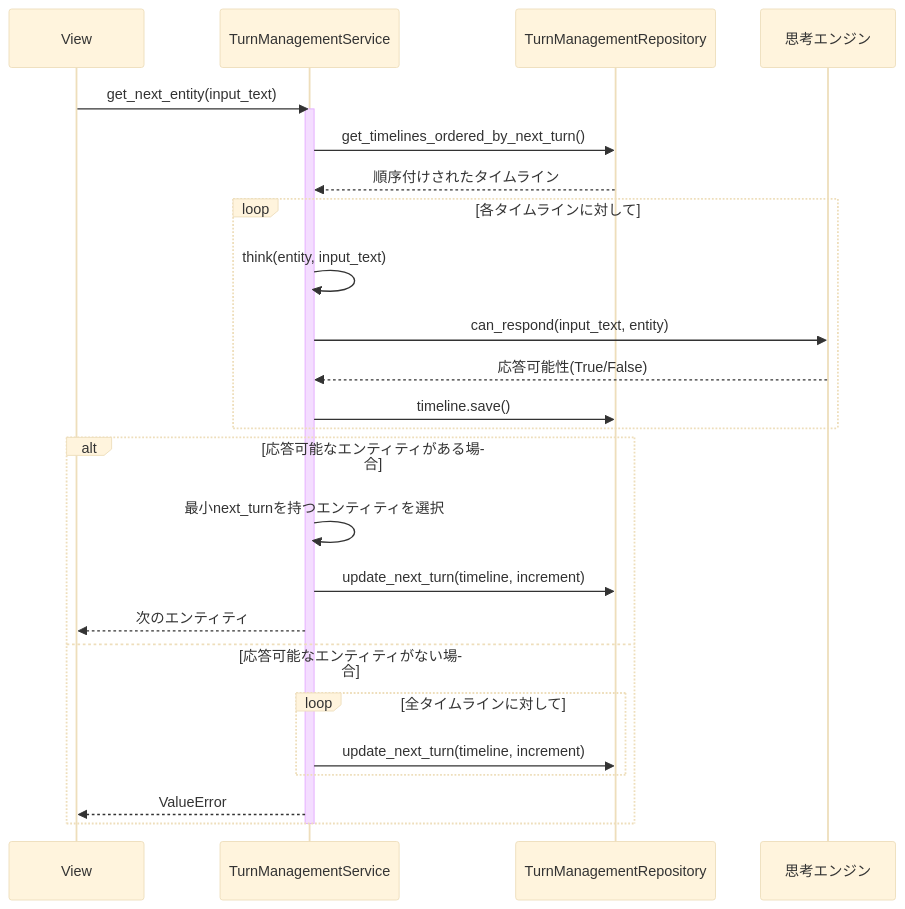
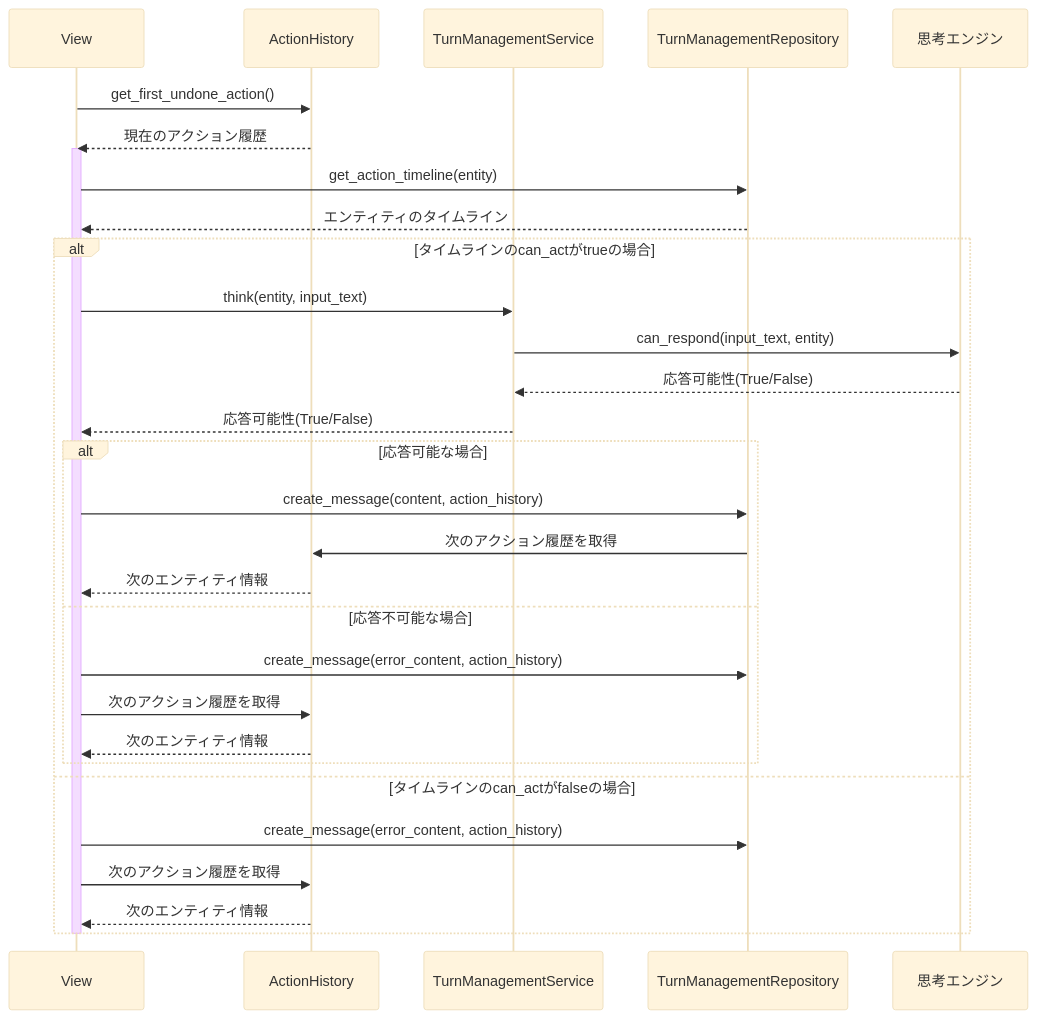
One commit to duri0214/portfolio changed the first of 2 diagrams in ai_agent/README.md. Above: the diagram before and after it, drawn with Mermaid (base theme). The commit also changed other lines of this file, not shown here.

Commit message:
docs: update README to reflect ActionHistory integration in entity retrieval process

````diff
--- a/ai_agent/README.md
+++ b/ai_agent/README.md
@@ -233,31 +233,36 @@
 ```mermaid
 sequenceDiagram
     participant View as View
+    participant AH as ActionHistory
     participant TMS as TurnManagementService
     participant TMR as TurnManagementRepository
     participant ThinkingEngine as 思考エンジン
 
-    View->>TMS: get_next_entity(input_text)
-    activate TMS
-    TMS->>TMR: get_timelines_ordered_by_next_turn()
-    TMR-->>TMS: 順序付けされたタイムライン
+    View->>AH: get_first_undone_action()
+    AH-->>View: 現在のアクション履歴
+    activate View
+    View->>TMR: get_action_timeline(entity)
+    TMR-->>View: エンティティのタイムライン
 
-    loop 各タイムラインに対して
-        TMS->>TMS: think(entity, input_text)
+    alt タイムラインのcan_actがtrueの場合
+        View->>TMS: think(entity, input_text)
         TMS->>ThinkingEngine: can_respond(input_text, entity)
         ThinkingEngine-->>TMS: 応答可能性(True/False)
-        TMS->>TMR: timeline.save()
+        TMS-->>View: 応答可能性(True/False)
+
+        alt 応答可能な場合
+            View->>TMR: create_message(content, action_history)
+            TMR->>AH: 次のアクション履歴を取得
+            AH-->>View: 次のエンティティ情報
+        else 応答不可能な場合
+            View->>TMR: create_message(error_content, action_history)
+            View->>AH: 次のアクション履歴を取得
+            AH-->>View: 次のエンティティ情報
+        end
+    else タイムラインのcan_actがfalseの場合
+        View->>TMR: create_message(error_content, action_history)
+        View->>AH: 次のアクション履歴を取得
+        AH-->>View: 次のエンティティ情報
     end
-
-    alt 応答可能なエンティティがある場合
-        TMS->>TMS: 最小next_turnを持つエンティティを選択
-        TMS->>TMR: update_next_turn(timeline, increment)
-        TMS-->>View: 次のエンティティ
-    else 応答可能なエンティティがない場合
-        loop 全タイムラインに対して
-            TMS->>TMR: update_next_turn(timeline, increment)
-        end
-        TMS-->>View: ValueError
-    end
-    deactivate TMS
+    deactivate View
 ```
````
